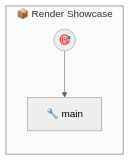
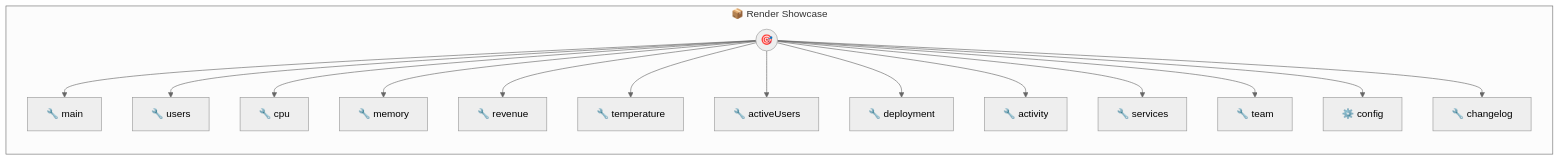
Before and after one commit to portel-dev/photon-examples: the diagram in render-showcase.md, drawn with Mermaid (neutral theme). The commit also changed other lines of this file and 4 other files, not shown here.

````diff
--- a/render-showcase.md
+++ b/render-showcase.md
@@ -35,9 +185,33 @@
 ```mermaid
 flowchart LR
     subgraph render_showcase["📦 Render Showcase"]
         direction TB
         PHOTON((🎯))
         T0[🔧 main]
         PHOTON --> T0
+        T1[🔧 users]
+        PHOTON --> T1
+        T2[🔧 cpu]
+        PHOTON --> T2
+        T3[🔧 memory]
+        PHOTON --> T3
+        T4[🔧 revenue]
+        PHOTON --> T4
+        T5[🔧 temperature]
+        PHOTON --> T5
+        T6[🔧 activeUsers]
+        PHOTON --> T6
+        T7[🔧 deployment]
+        PHOTON --> T7
+        T8[🔧 activity]
+        PHOTON --> T8
+        T9[🔧 services]
+        PHOTON --> T9
+        T10[🔧 team]
+        PHOTON --> T10
+        T11[⚙️ config]
+        PHOTON --> T11
+        T12[🔧 changelog]
+        PHOTON --> T12
     end
 ```
````
